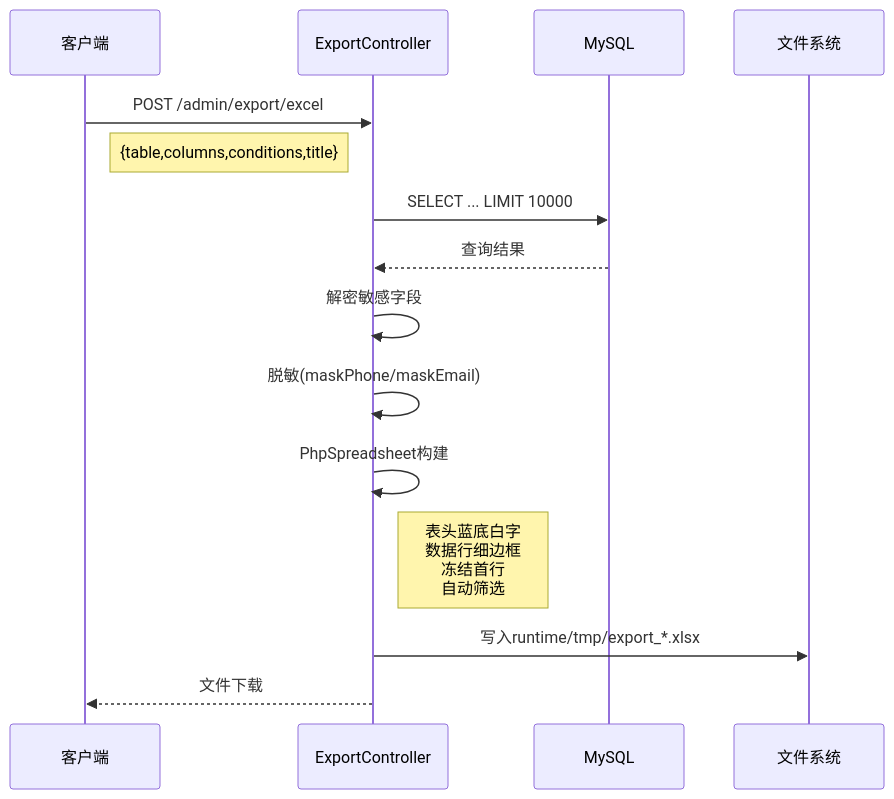
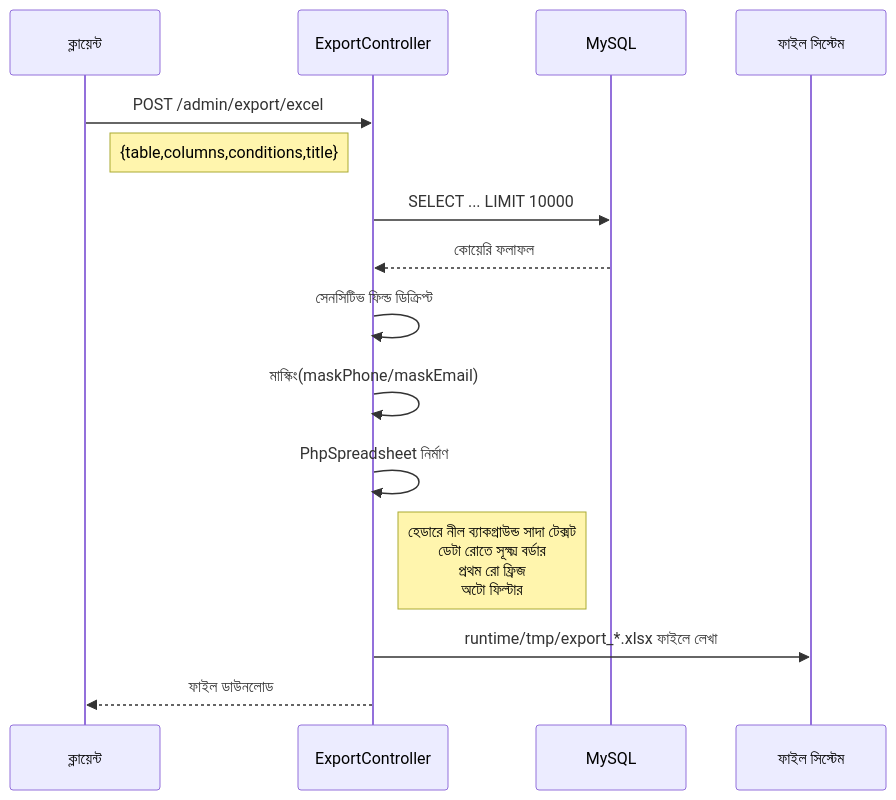
One commit to erikwang2013/game-platform-php changed the first of 2 diagrams in admin/docs/diagrams/09-export-flow.bn.md. Above: the diagram before and after it, drawn with Mermaid. The commit also changed other lines of this file and 211 other files, not shown here.

First line of the commit message:
fix: 支付配置读回类型根治、提现事件对账巡检，12 语族 mermaid 与 API 标签本地化

````diff
--- a/admin/docs/diagrams/09-export-flow.bn.md
+++ b/admin/docs/diagrams/09-export-flow.bn.md
@@ -9,18 +9,18 @@
 ```mermaid
 sequenceDiagram
-    participant C as 客户端
+    participant C as ক্লায়েন্ট
     participant CTL as ExportController
     participant DB as MySQL
-    participant FS as 文件系统
+    participant FS as ফাইল সিস্টেম
 
     C->>CTL: POST /admin/export/excel
     Note right of C: {table,columns,conditions,title}
     CTL->>DB: SELECT ... LIMIT 10000
-    DB-->>CTL: 查询结果
-    CTL->>CTL: 解密敏感字段
-    CTL->>CTL: 脱敏(maskPhone/maskEmail)
-    CTL->>CTL: PhpSpreadsheet构建
-    Note right of CTL: 表头蓝底白字<br/>数据行细边框<br/>冻结首行<br/>自动筛选
-    CTL->>FS: 写入runtime/tmp/export_*.xlsx
-    CTL-->>C: 文件下载
+    DB-->>CTL: কোয়েরি ফলাফল
+    CTL->>CTL: সেনসিটিভ ফিল্ড ডিক্রিপ্ট
+    CTL->>CTL: মাস্কিং(maskPhone/maskEmail)
+    CTL->>CTL: PhpSpreadsheet নির্মাণ
+    Note right of CTL: হেডারে নীল ব্যাকগ্রাউন্ড সাদা টেক্সট<br/>ডেটা রোতে সূক্ষ্ম বর্ডার<br/>প্রথম রো ফ্রিজ<br/>অটো ফিল্টার
+    CTL->>FS: runtime/tmp/export_*.xlsx ফাইলে লেখা
+    CTL-->>C: ফাইল ডাউনলোড
 ```
````
